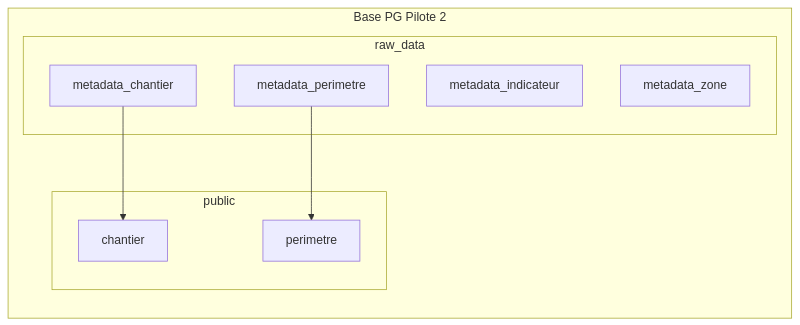
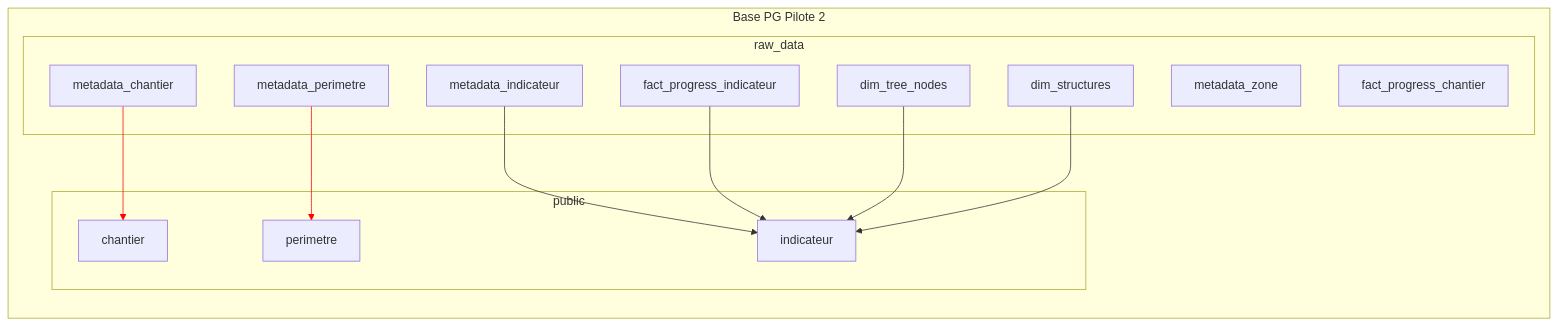
Before and after one commit to DITP-pilotage/pilote-2: the fourth of 4 diagrams in data/README.md, drawn with Mermaid. The commit also changed other lines of this file and 2 other files, not shown here.

Commit message:
docs: ajout des nouveaux flux de données dans le readme data (87)

````diff
--- a/data/README.md
+++ b/data/README.md
@@ -212,15 +219,25 @@
 ``` mermaid
 graph LR
 subgraph Base PG Pilote 2
    subgraph raw_data
-      MCHA[metadata_chantier]
-      MPER[metadata_perimetre]
-      MIND[metadata_indicateur]
-      MZON[metadata_zone]
+      M_CHA[metadata_chantier]
+      M_PER[metadata_perimetre]
+      M_IND[metadata_indicateur]
+      M_ZON[metadata_zone]
+      D_FPI[fact_progress_indicateur]
+      D_FPC[fact_progress_chantier]
+      D_DTN[dim_tree_nodes]
+      D_DS[dim_structures]
    end
    subgraph public
-      MCHA --> CHA[chantier]
-      MPER --> PER[perimetre]
+      M_CHA --> CHA[chantier]
+      M_PER --> PER[perimetre]
+      M_IND --> IND[indicateur]
+      D_FPI --> IND
+      D_DTN --> IND
+      D_DS --> IND
+      linkStyle 0 stroke:red;
+      linkStyle 1 stroke:red;
    end
 end
 ```
````
